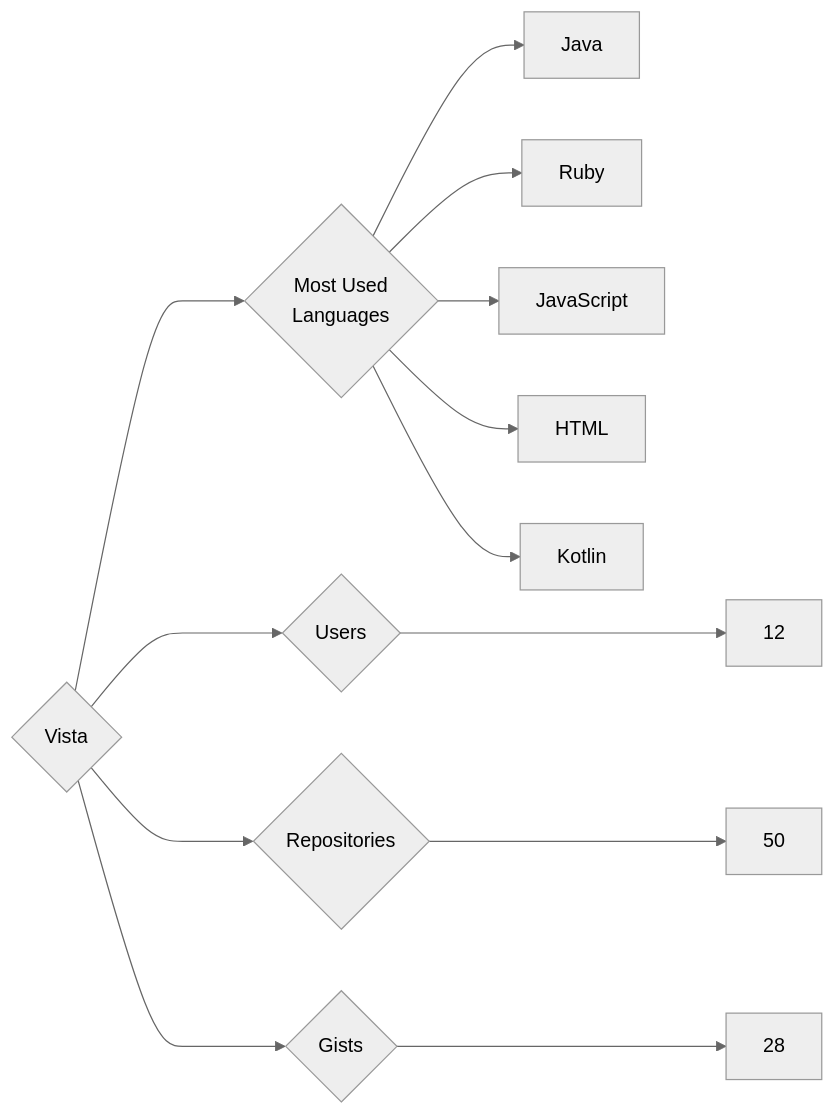
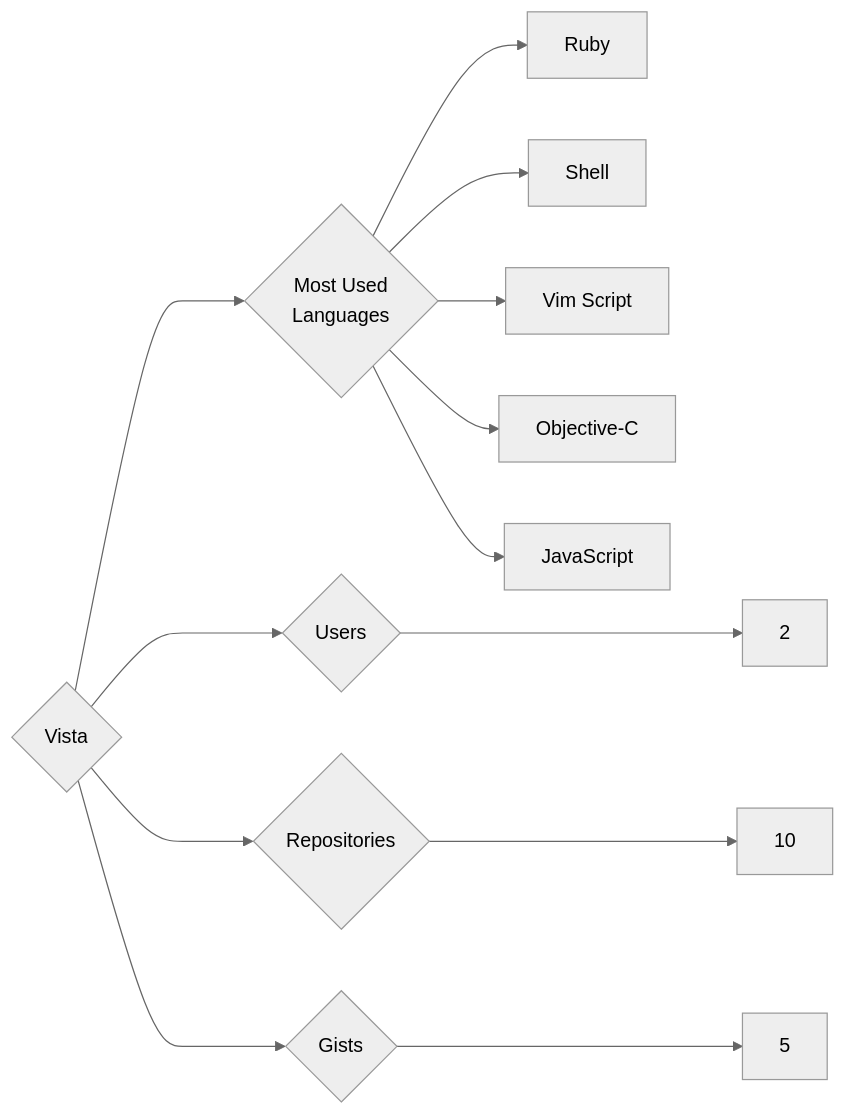
The diagram in targets/Vista/README.md (trickest/insiders), drawn with Mermaid (neutral theme) before and after one commit. The commit also changed 534 other files, not shown here.

````diff
--- a/targets/Vista/README.md
+++ b/targets/Vista/README.md
@@ -3,13 +3,13 @@
 ```mermaid
 graph LR
 COMPANY_NAME{Vista}
-COMPANY_NAME ---> U{Users} ---> UN[12]
-COMPANY_NAME ---> R{Repositories} ---> RN[50]
-COMPANY_NAME ---> G{Gists} ---> GN[28]
+COMPANY_NAME ---> U{Users} ---> UN[2]
+COMPANY_NAME ---> R{Repositories} ---> RN[10]
+COMPANY_NAME ---> G{Gists} ---> GN[5]
 COMPANY_NAME ---> ML{Most Used<br>Languages}
-ML --> Java[Java]
 ML --> Ruby[Ruby]
+ML --> Shell[Shell]
+ML --> Vim_Script[Vim Script]
+ML --> Objective-C[Objective-C]
 ML --> JavaScript[JavaScript]
-ML --> HTML[HTML]
-ML --> Kotlin[Kotlin]
 ```
````
